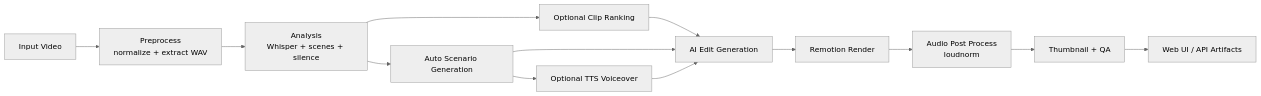
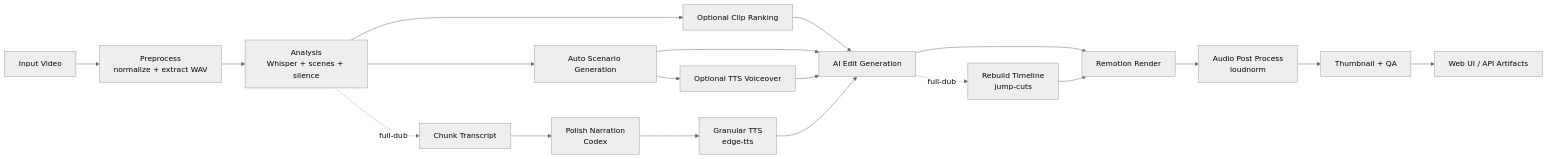
Before and after one commit to cyanluna-git/remotion-video-gen: the diagram in README.md, drawn with Mermaid (neutral theme). The commit also changed other lines of this file and 17 other files, not shown here.

First line of the commit message:
feat(pipeline): add --full-dub mode for complete voice replacement and jump-cut editing

````diff
--- a/README.md
+++ b/README.md
@@ -69,15 +88,22 @@
 ```mermaid
 flowchart LR
     A[Input Video] --> B[Preprocess<br/>normalize + extract WAV]
     B --> C[Analysis<br/>Whisper + scenes + silence]
     C --> D[Optional Clip Ranking]
     C --> E[Auto Scenario Generation]
     E --> F[Optional TTS Voiceover]
     D --> G[AI Edit Generation]
     E --> G
     F --> G
     G --> H[Remotion Render]
     H --> I[Audio Post Process<br/>loudnorm]
     I --> J[Thumbnail + QA]
     J --> K[Web UI / API Artifacts]
+
+    C -.->|full-dub| C1[Chunk Transcript]
+    C1 --> C2[Polish Narration<br/>Codex]
+    C2 --> C3[Granular TTS<br/>edge-tts]
+    C3 --> G
+    G -.->|full-dub| G1[Rebuild Timeline<br/>jump-cuts]
+    G1 --> H
 ```
````
